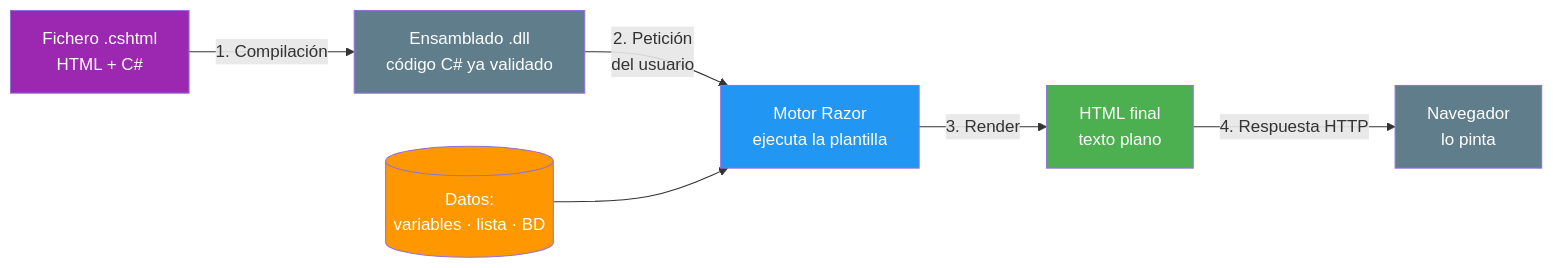
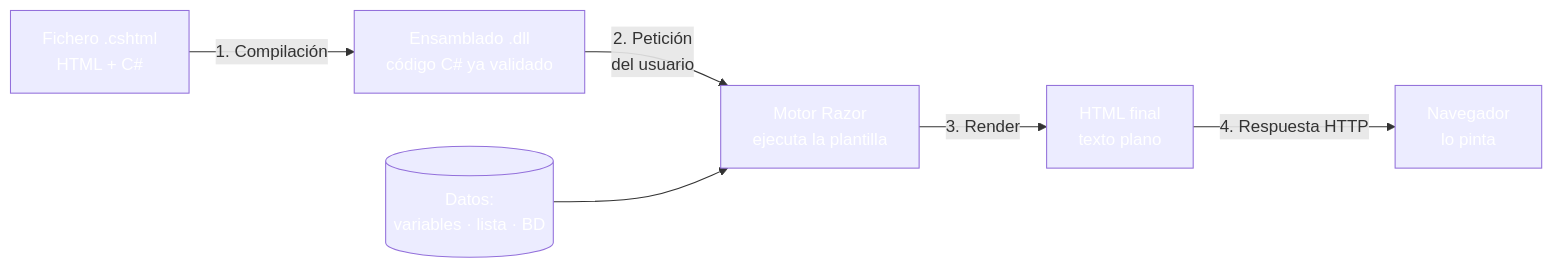
Before and after one commit to joseluisgs/DesarrolloWebEntornosServidor-03-2026-2027: the fourth of 7 diagrams in 01-razor-fundamentos.md, drawn with Mermaid. The commit also changed other lines of this file and 30 other files, not shown here.

````diff
--- a/01-razor-fundamentos.md
+++ b/01-razor-fundamentos.md
@@ -248,15 +248,15 @@
 ```mermaid
 graph LR
     A["Fichero .cshtml<br/>HTML + C#"] -->|"1. Compilación"| B["Ensamblado .dll<br/>código C# ya validado"]
     B -->|"2. Petición<br/>del usuario"| C["Motor Razor<br/>ejecuta la plantilla"]
     D[("Datos:<br/>variables · lista · BD")] --> C
     C -->|"3. Render"| E["HTML final<br/>texto plano"]
     E -->|"4. Respuesta HTTP"| F["Navegador<br/>lo pinta"]
 
-    style A fill:#9C27B0,color:#fff
-    style B fill:#607D8B,color:#fff
-    style C fill:#2196F3,color:#fff
-    style D fill:#FF9800,color:#fff
-    style E fill:#4CAF50,color:#fff
-    style F fill:#607D8B,color:#fff
+    style A fill:#9C27B,color:#fff0,color:#fff
+    style B fill:#607D8,color:#fffB,color:#fff
+    style C fill:#2196F,color:#fff3,color:#fff
+    style D fill:#FF980,color:#fff0,color:#fff
+    style E fill:#4CAF5,color:#fff0,color:#fff
+    style F fill:#607D8,color:#fffB,color:#fff
 ```
````
